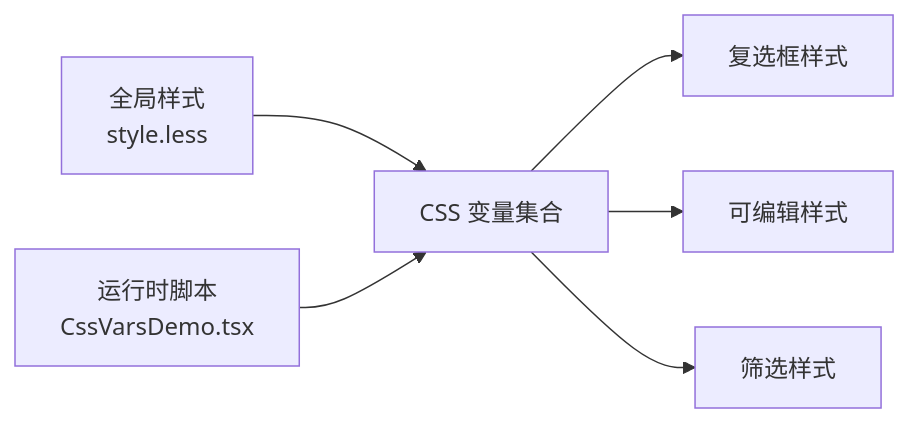
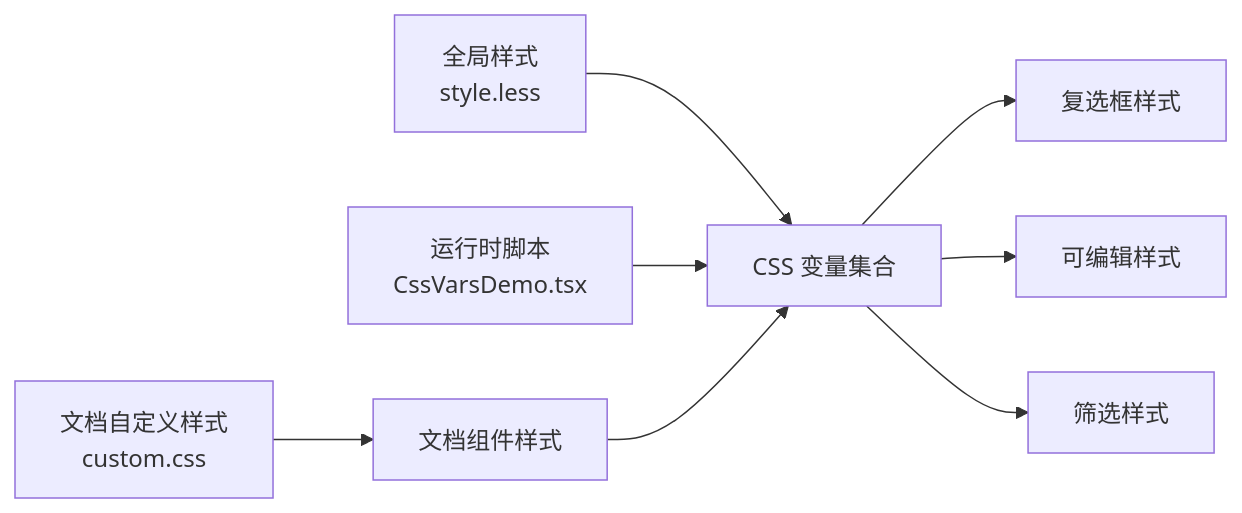
Before and after one commit to ja-plus/stk-table-react: the third of 3 diagrams in .qoder/repowiki/zh/content/自定义与扩展/主题定制.md, drawn with Mermaid. The commit also changed other lines of this file and 4 other files, not shown here.

````diff
--- a/.qoder/repowiki/zh/content/自定义与扩展/主题定制.md
+++ b/.qoder/repowiki/zh/content/自定义与扩展/主题定制.md
@@ -184,8 +220,10 @@
 ```mermaid
 graph LR
 Style["全局样式<br/>style.less"] --> Vars["CSS 变量集合"]
 Vars --> Checkbox["复选框样式"]
 Vars --> Editable["可编辑样式"]
 Vars --> Filter["筛选样式"]
 Runtime["运行时脚本<br/>CssVarsDemo.tsx"] --> Vars
+DocsCustom["文档自定义样式<br/>custom.css"] --> Components["文档组件样式"]
+Components --> Vars
 ```
````
